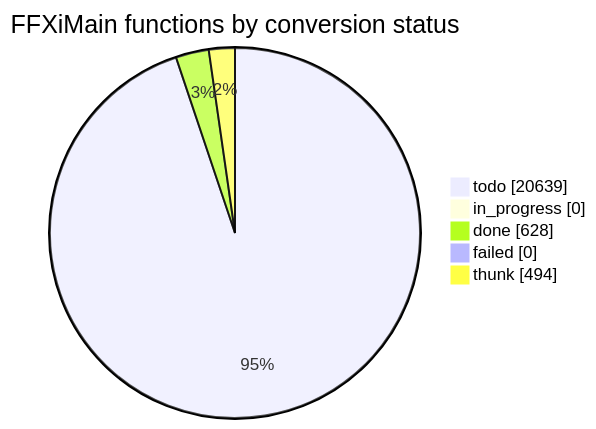
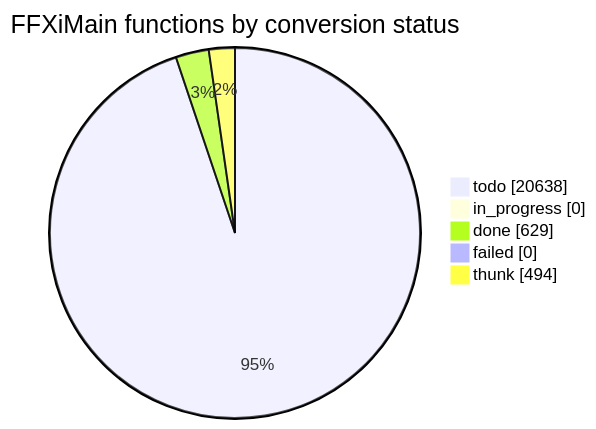
Before and after one commit to cowrevenge/cow_kuluu_xi_anything: the diagram in docs/cow/STATUS.md, drawn with Mermaid. The commit also changed other lines of this file and 9 other files, not shown here.

````diff
--- a/docs/cow/STATUS.md
+++ b/docs/cow/STATUS.md
@@ -18,9 +18,9 @@
 ```mermaid
 pie showData
     title FFXiMain functions by conversion status
-    "todo" : 20639
+    "todo" : 20638
     "in_progress" : 0
-    "done" : 628
+    "done" : 629
     "failed" : 0
     "thunk" : 494
 ```
````
